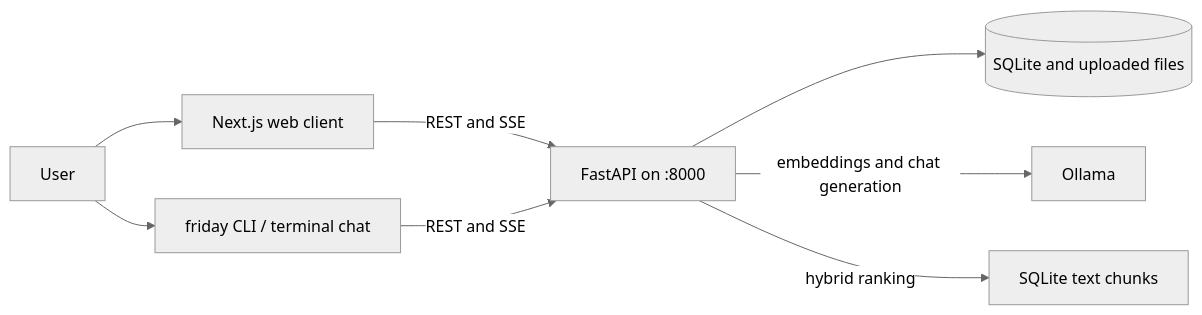
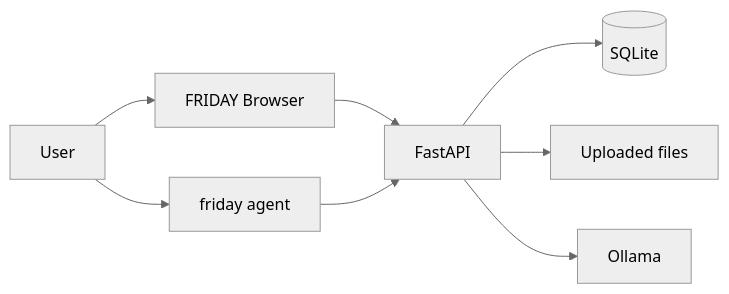
The diagram in README.md (veer-bajpai/FRIDAY-Local-First-AI-Developer-and-Knowledge-Assistant), drawn with Mermaid (neutral theme) before and after one commit. The commit also changed other lines of this file and 30 other files, not shown here.

Commit message:
Friday chat remove + API Error solved

````diff
--- a/README.md
+++ b/README.md
@@ -235,10 +57,10 @@
 ```mermaid
 flowchart LR
-   User --> Web[Next.js web client]
-   User --> CLI[friday CLI / terminal chat]
-   Web -->|REST and SSE| API[FastAPI on :8000]
-   CLI -->|REST and SSE| API
-   API --> DB[(SQLite and uploaded files)]
-   API -->|embeddings and chat generation| Ollama[Ollama]
-   API -->|hybrid ranking| Chunks[SQLite text chunks]
+  User --> Browser[FRIDAY Browser]
+  User --> Agent[friday agent]
+  Browser --> API[FastAPI]
+  Agent --> API
+  API --> DB[(SQLite)]
+  API --> Files[Uploaded files]
+  API --> Ollama[Ollama]
 ```
````
